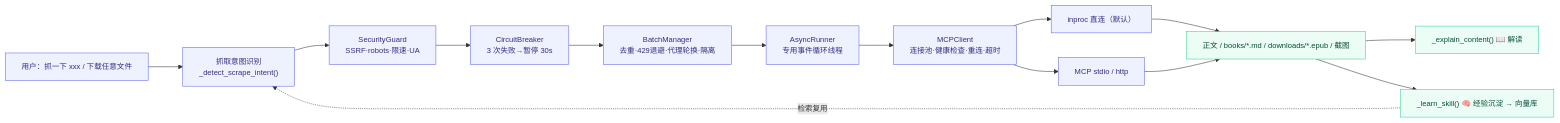
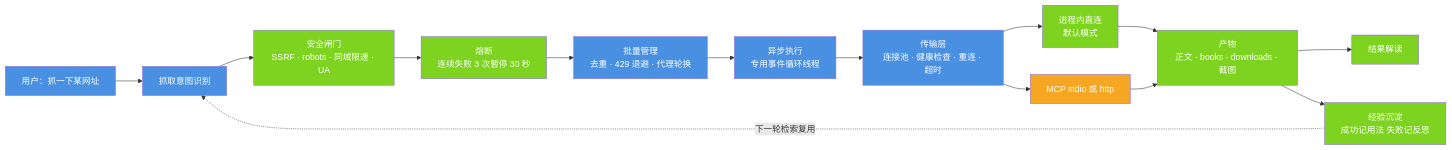
Before and after one commit to jiangchuangege/xiaojiao-harnees: the third of 4 diagrams in docs/architecture.md, drawn with Mermaid. The commit also changed other lines of this file and 51 other files, not shown here.

````diff
--- a/docs/architecture.md
+++ b/docs/architecture.md
@@ -163,22 +500,29 @@
 ```mermaid
-%%{init: {"themeVariables": {"fontSize": "14px"}, "flowchart": {"htmlLabels": true, "wrappingWidth": 320, "nodeSpacing": 46, "rankSpacing": 64, "useMaxWidth": true}}}%%
 flowchart LR
-    REQ["用户：抓一下 xxx / 下载任意文件"] --> DI["抓取意图识别<br/>_detect_scrape_intent()"]
-    DI --> SEC["SecurityGuard<br/>SSRF·robots·限速·UA"]
-    SEC --> CB["CircuitBreaker<br/>3 次失败→暂停 30s"]
-    CB --> BM["BatchManager<br/>去重·429退避·代理轮换·隔离"]
-    BM --> AR["AsyncRunner<br/>专用事件循环线程"]
-    AR --> MC["MCPClient<br/>连接池·健康检查·重连·超时"]
-    MC --> IP["inproc 直连（默认）"]
-    MC --> MP["MCP stdio / http"]
-    IP --> OUT["正文 / books/*.md / downloads/*.epub / 截图"]
-    MP --> OUT
-    OUT --> EX["_explain_content() 📖 解读"]
-    OUT --> LE["_learn_skill() 🧠 经验沉淀 → 向量库"]
-    LE -. 检索复用 .-> DI
+    A["用户：抓一下某网址"] --> B["抓取意图识别"]
+    B --> C["安全闸门<br/>SSRF · robots · 同域限速 · UA"]
+    C --> D["熔断<br/>连续失败 3 次暂停 30 秒"]
+    D --> E["批量管理<br/>去重 · 429 退避 · 代理轮换"]
+    E --> F["异步执行<br/>专用事件循环线程"]
+    F --> G["传输层<br/>连接池 · 健康检查 · 重连 · 超时"]
+    G --> H["进程内直连<br/>默认模式"]
+    G --> I["MCP stdio 或 http"]
+    H --> J["产物<br/>正文 · books · downloads · 截图"]
+    I --> J
+    J --> K["结果解读"]
+    J --> L["经验沉淀<br/>成功记用法 失败记反思"]
+    L -. 下一轮检索复用 .-> B
 
-    classDef s fill:#eef2ff,stroke:#6366f1,color:#312e81;
-    classDef o fill:#ecfdf5,stroke:#34d399,color:#064e3b;
-    class REQ,DI,SEC,CB,BM,AR,MC,IP,MP s;
-    class OUT,EX,LE o;
+    style A fill:#4A90E2,color:#fff
+    style B fill:#4A90E2,color:#fff
+    style C fill:#7ED321,color:#fff
+    style D fill:#7ED321,color:#fff
+    style E fill:#4A90E2,color:#fff
+    style F fill:#4A90E2,color:#fff
+    style G fill:#4A90E2,color:#fff
+    style H fill:#7ED321,color:#fff
+    style I fill:#F5A623,color:#fff
+    style J fill:#7ED321,color:#fff
+    style K fill:#7ED321,color:#fff
+    style L fill:#7ED321,color:#fff
 ```
````
